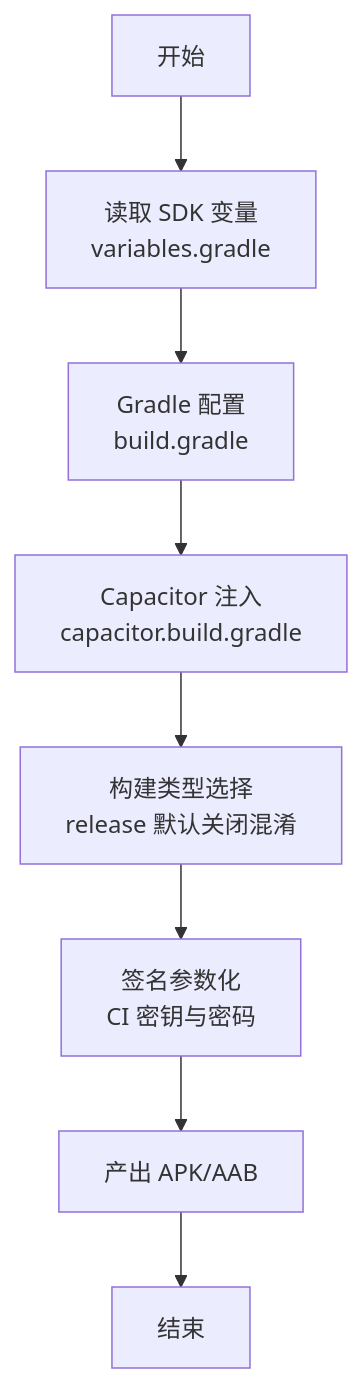
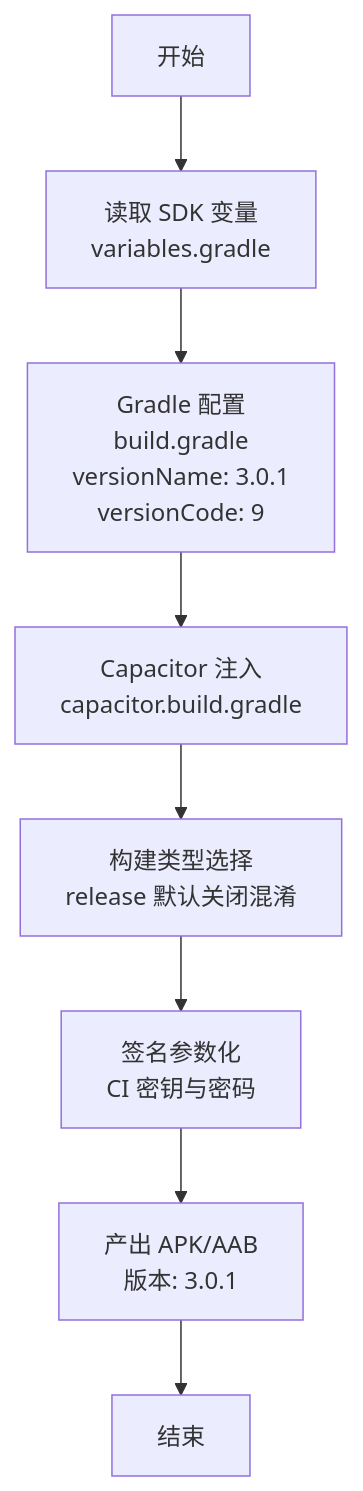
The third of 9 diagrams in .qoder/repowiki/zh/content/构建与部署/平台部署/平台部署.md (tea4go/Macro-Deck-Client-App), drawn with Mermaid before and after one commit. The commit also changed other lines of this file and 15 other files, not shown here.

````diff
--- a/.qoder/repowiki/zh/content/构建与部署/平台部署/平台部署.md
+++ b/.qoder/repowiki/zh/content/构建与部署/平台部署/平台部署.md
@@ -155,10 +175,10 @@
 ```mermaid
 flowchart TD
 S["开始"] --> V["读取 SDK 变量<br/>variables.gradle"]
-V --> G["Gradle 配置<br/>build.gradle"]
+V --> G["Gradle 配置<br/>build.gradle<br/>versionName: 3.0.1<br/>versionCode: 9"]
 G --> C["Capacitor 注入<br/>capacitor.build.gradle"]
 C --> T["构建类型选择<br/>release 默认关闭混淆"]
 T --> K["签名参数化<br/>CI 密钥与密码"]
-K --> O["产出 APK/AAB"]
+K --> O["产出 APK/AAB<br/>版本: 3.0.1"]
 O --> E["结束"]
 ```
````
